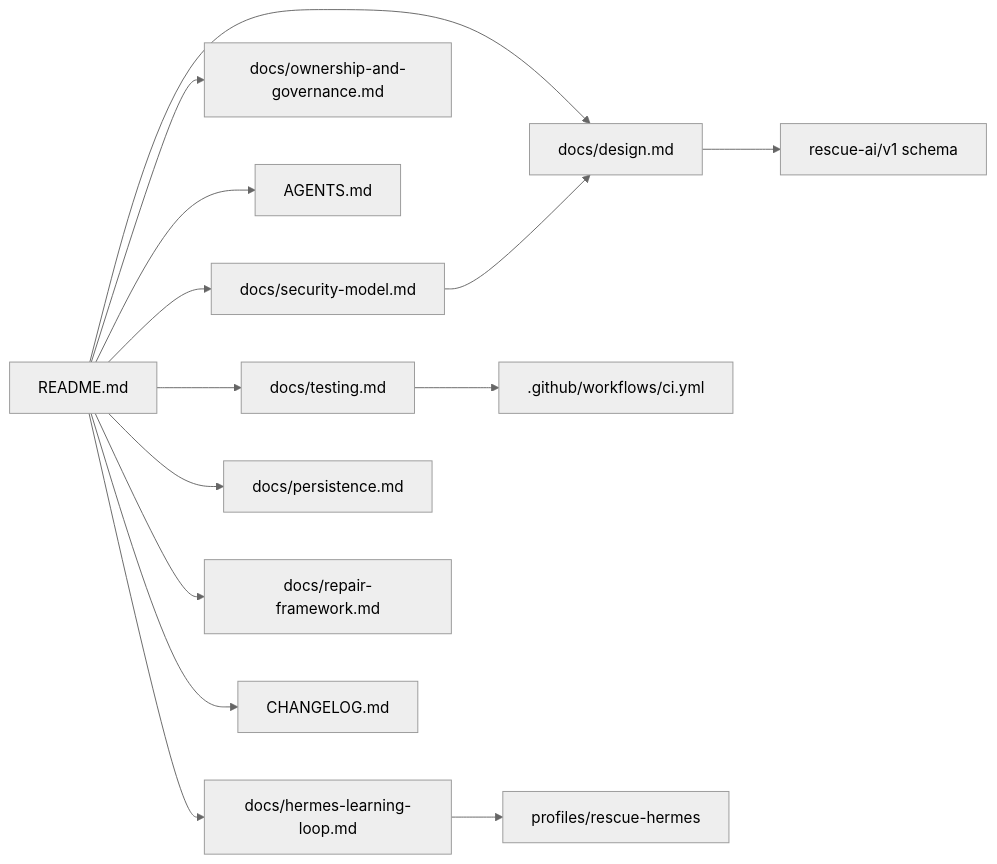
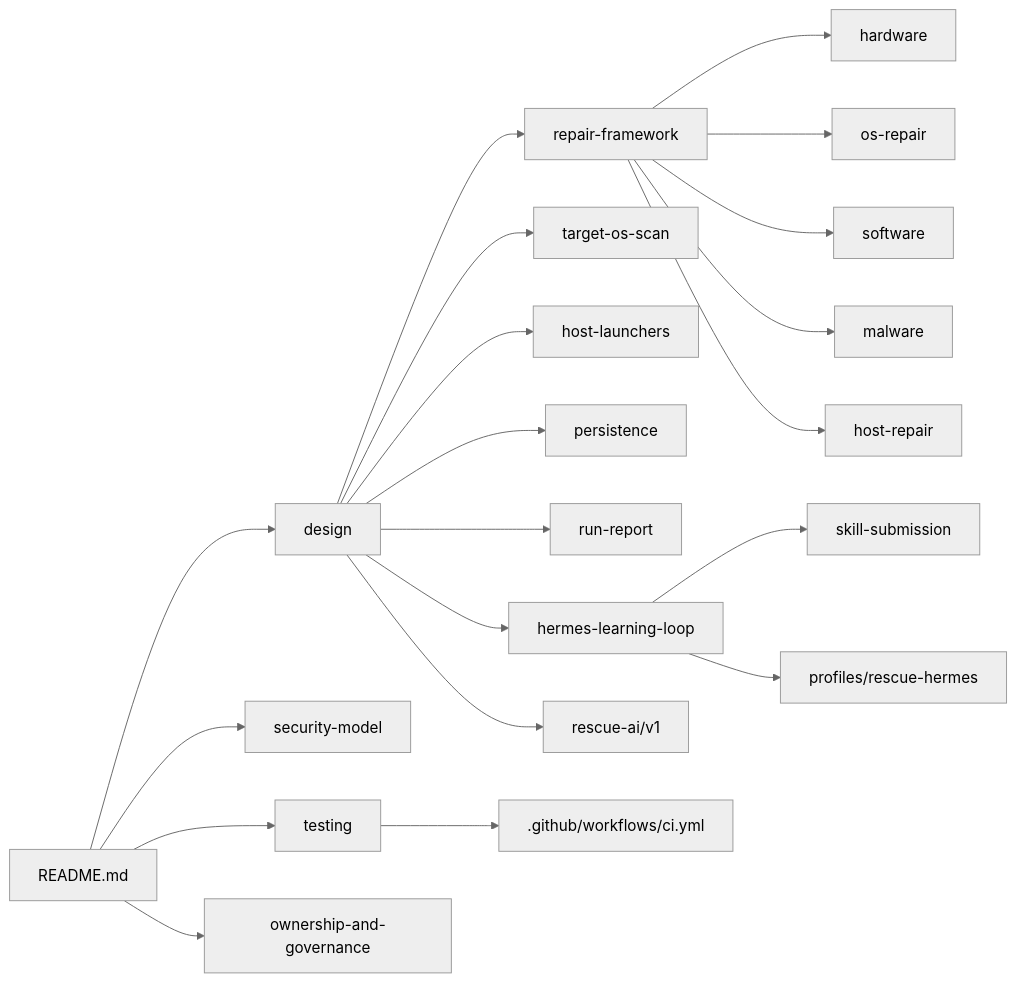
One commit to ahliweb/linux-mint-xfce-rescue-ai changed the seventh of 7 diagrams in README.md. Above: the diagram before and after it, drawn with Mermaid (neutral theme). The commit also changed other lines of this file and 1 other file, not shown here.

First line of the commit message:
docs: rewrite README (status table, quick starts) and design (whole-flow diagrams)

````diff
--- a/README.md
+++ b/README.md
@@ -264,16 +231,22 @@
 ```mermaid
 flowchart LR
-    README[README.md] --> DESIGN[docs/design.md]
-    README --> LOOP[docs/hermes-learning-loop.md]
-    README --> GOV[docs/ownership-and-governance.md]
-    README --> AGENTS[AGENTS.md]
-    README --> TEST[docs/testing.md]
-    README --> SEC[docs/security-model.md]
-    README --> PERS[docs/persistence.md]
-    README --> REP[docs/repair-framework.md]
-    README --> CHG[CHANGELOG.md]
-    DESIGN --> SCHEMA[rescue-ai/v1 schema]
-    SEC --> DESIGN
+    README[README.md] --> DESIGN[design]
+    README --> SEC[security-model]
+    README --> TEST[testing]
+    README --> GOV[ownership-and-governance]
+    DESIGN --> REP[repair-framework]
+    REP --> HW[hardware]
+    REP --> OS[os-repair]
+    REP --> SW[software]
+    REP --> MW[malware]
+    REP --> HR[host-repair]
+    DESIGN --> TS[target-os-scan]
+    DESIGN --> HL[host-launchers]
+    DESIGN --> PER[persistence]
+    DESIGN --> RR[run-report]
+    DESIGN --> LOOP[hermes-learning-loop]
+    LOOP --> SS[skill-submission]
+    LOOP --> PROF[profiles/rescue-hermes]
+    DESIGN --> SCHEMA[rescue-ai/v1]
     TEST --> CI[.github/workflows/ci.yml]
-    LOOP --> PROFILE[profiles/rescue-hermes]
 ```
````
